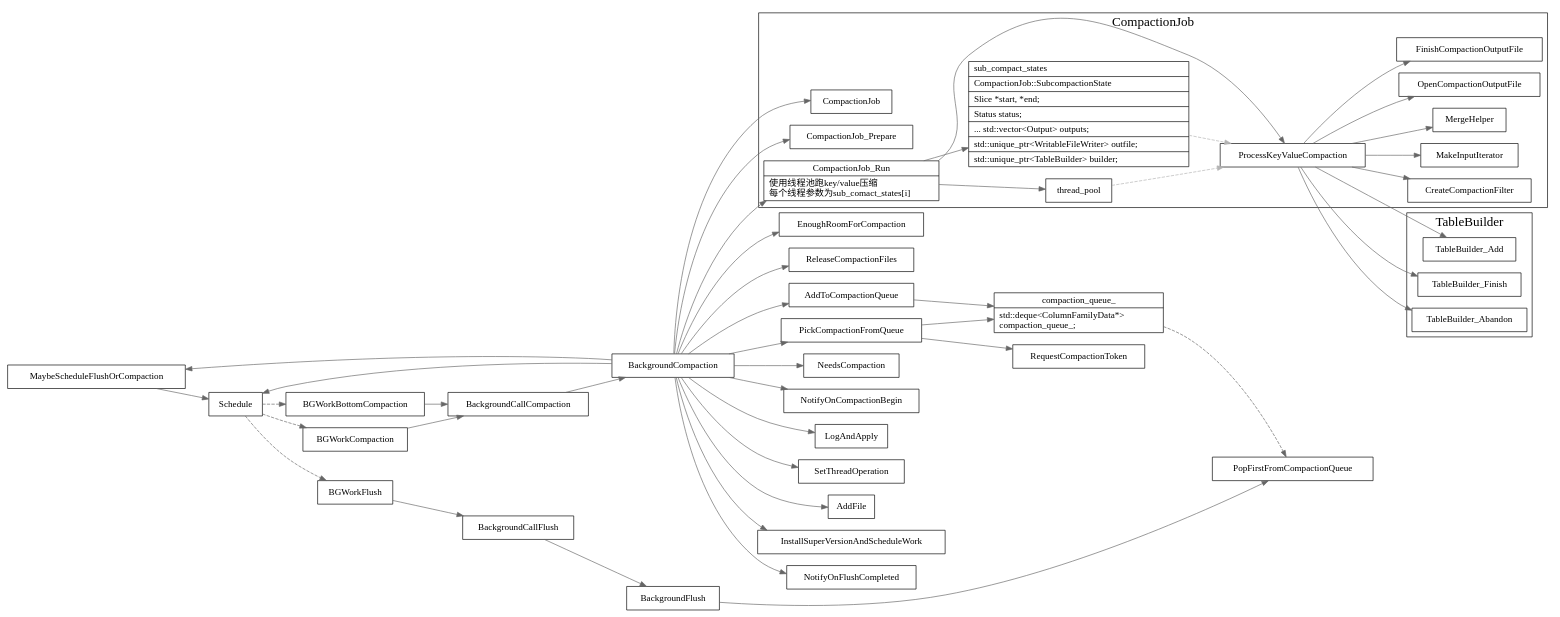
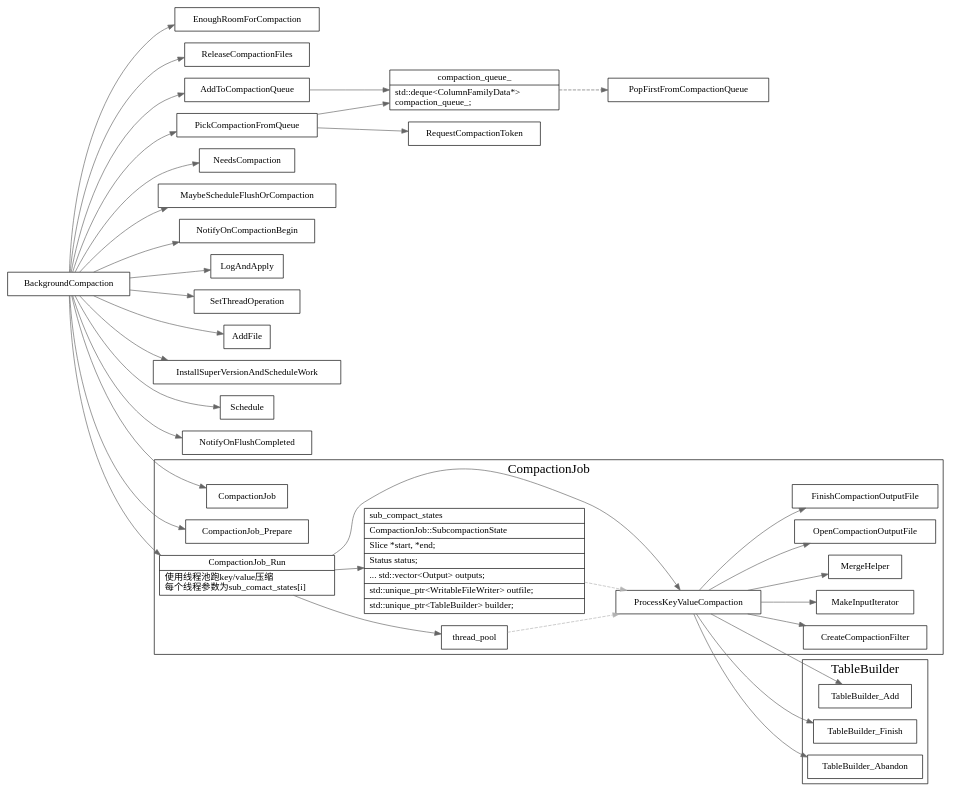
One commit to xieyu/blog changed the diagram in src/rocksdb/background-compaction.dot. Above: the diagram before and after it, drawn with Graphviz. The commit also changed 10 other files, not shown here.

```diff
--- a/src/rocksdb/background-compaction.dot
+++ b/src/rocksdb/background-compaction.dot
@@ -1,101 +1,103 @@
 digraph atomic_flush {
   node[shape=box];
   edge[color=gray40];
   newrank=true;
   rankdir=LR;
+  /*
   MaybeScheduleFlushOrCompaction -> Schedule;
   Schedule -> {
     BGWorkBottomCompaction;
     BGWorkFlush;
     BGWorkCompaction;
   }[style=dashed;color=gray40];
   BGWorkCompaction -> BackgroundCallCompaction -> BackgroundCompaction;
   BGWorkBottomCompaction -> BackgroundCallCompaction;
   BGWorkFlush -> BackgroundCallFlush; 
+  */
 
   BackgroundCompaction -> {
     EnoughRoomForCompaction;
     ReleaseCompactionFiles;
     PickCompactionFromQueue;
     AddToCompactionQueue;
     NeedsCompaction;
     MaybeScheduleFlushOrCompaction;
     NotifyOnCompactionBegin;
     LogAndApply;
     SetThreadOperation;
     AddFile;
     InstallSuperVersionAndScheduleWork;
     Schedule;
     NotifyOnFlushCompleted;
     CompactionJob;
     CompactionJob_Prepare;
     CompactionJob_Run;
   }
   PickCompactionFromQueue -> {
     compaction_queue_;
     RequestCompactionToken;
   }
   AddToCompactionQueue -> {
     compaction_queue_;
   }
   compaction_queue_[shape="record";
     label="{{
       compaction_queue_|
         std::deque\<ColumnFamilyData*\>\l 
         compaction_queue_;\l
     }}";
   ];
   compaction_queue_ -> PopFirstFromCompactionQueue[style=dashed;color=gray40];
-  BackgroundCallFlush -> BackgroundFlush -> PopFirstFromCompactionQueue;
+  //BackgroundCallFlush -> BackgroundFlush -> PopFirstFromCompactionQueue;
 
   subgraph cluster_TableBuilder {
     graph[label="TableBuilder";fontsize=20;];
     TableBuilder_Add;
     TableBuilder_Finish;
     TableBuilder_Abandon;
   }
 
   subgraph cluster_CompactionJob {
     graph[label="CompactionJob";fontsize=20;];
     //compaction job
     CompactionJob_Prepare;
     CompactionJob;
     CompactionJob_Run[shape="record";
       label="{{
         CompactionJob_Run|
         使用线程池跑key/value压缩\l
         每个线程参数为sub_comact_states[i]\l
       }}";
     ];
     CompactionJob_Run -> {
       thread_pool;
       sub_compact_states;
       ProcessKeyValueCompaction;
     }
     sub_compact_states[shape="record";
       label="{{
         sub_compact_states\l|
         CompactionJob::SubcompactionState\l|
         Slice *start, *end;\l|
         Status status;\l|
         ...
         std::vector\<Output\> outputs;\l|
         std::unique_ptr\<WritableFileWriter\> outfile;\l|
         std::unique_ptr\<TableBuilder\> builder;\l
       }}";
     ];
     sub_compact_states -> ProcessKeyValueCompaction[style=dashed;color=gray70];
     thread_pool -> ProcessKeyValueCompaction[style=dashed;color=gray70];
 
     ProcessKeyValueCompaction -> {
       CreateCompactionFilter;
       MakeInputIterator;
       MergeHelper;
       OpenCompactionOutputFile;
       FinishCompactionOutputFile;
       TableBuilder_Add;
       TableBuilder_Finish;
       TableBuilder_Abandon;
     }
   }
 }
```
